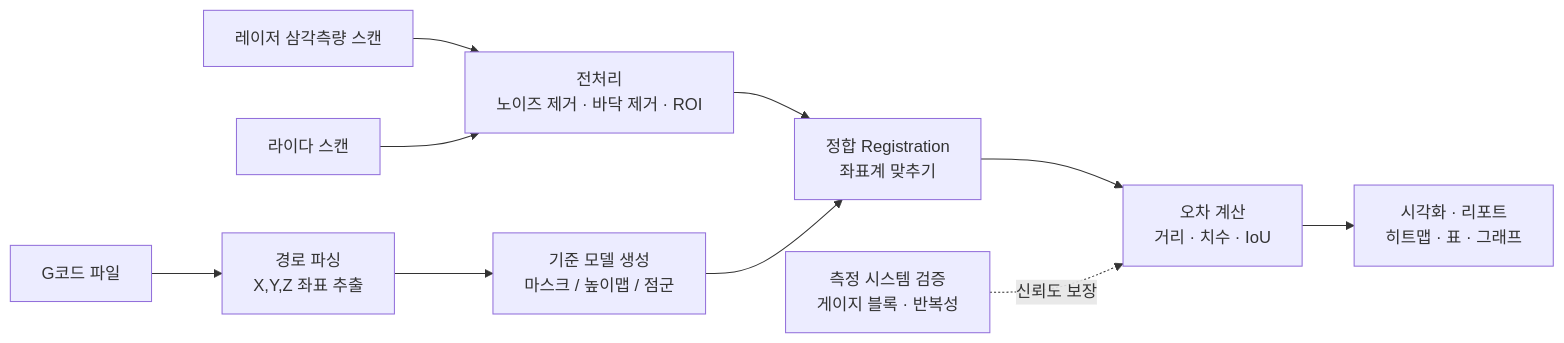
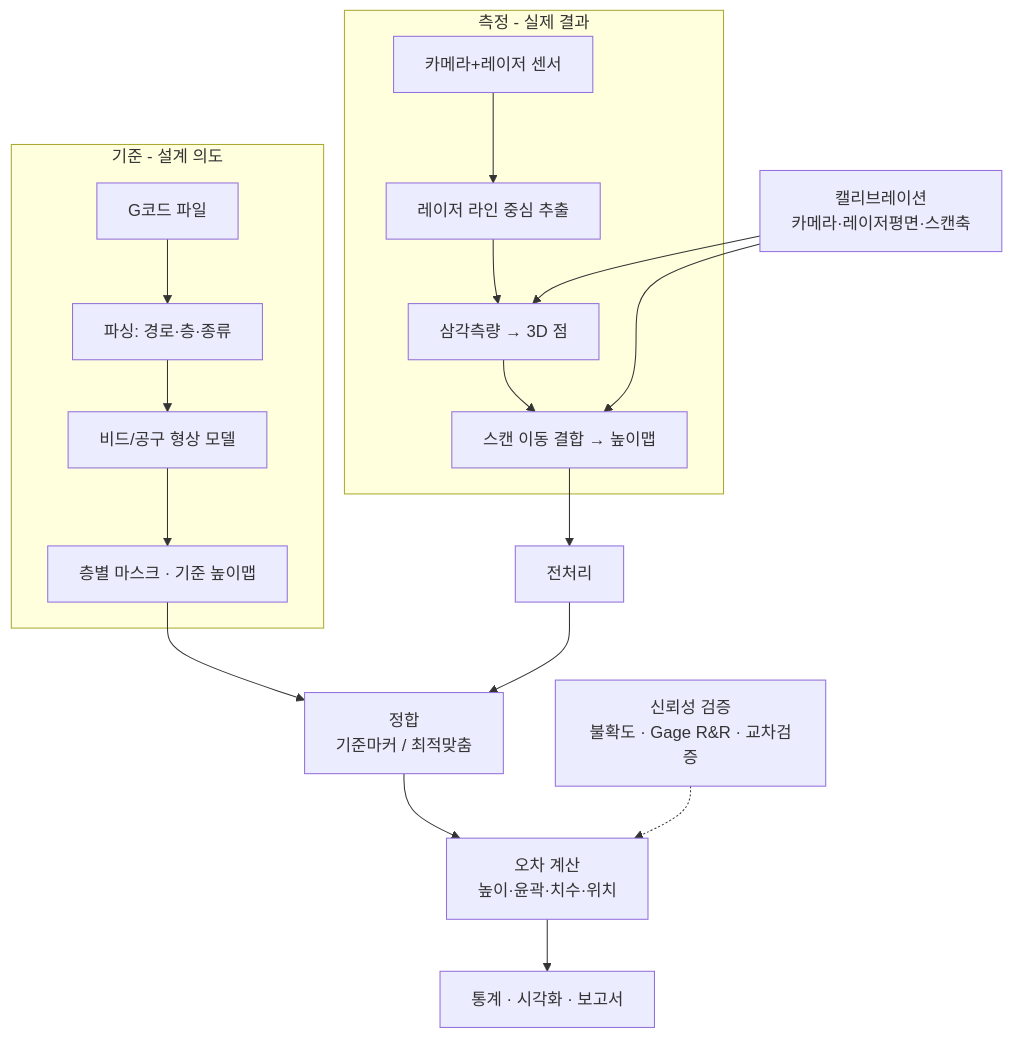
One commit to dawnnam02/cv-lab changed the first of 2 diagrams in docs/BLUEPRINT.md. Above: the diagram before and after it, drawn with Mermaid. The commit also changed other lines of this file and 1 other file, not shown here.

````diff
--- a/docs/BLUEPRINT.md
+++ b/docs/BLUEPRINT.md
@@ -12,12 +42,20 @@
 ```mermaid
-flowchart LR
-    A[G코드 파일] --> B[경로 파싱<br/>X,Y,Z 좌표 추출]
-    B --> C[기준 모델 생성<br/>마스크 / 높이맵 / 점군]
-    D[레이저 삼각측량 스캔] --> F[전처리<br/>노이즈 제거 · 바닥 제거 · ROI]
-    E[라이다 스캔] --> F
-    F --> G[정합 Registration<br/>좌표계 맞추기]
-    C --> G
-    G --> H[오차 계산<br/>거리 · 치수 · IoU]
-    H --> I[시각화 · 리포트<br/>히트맵 · 표 · 그래프]
-    J[측정 시스템 검증<br/>게이지 블록 · 반복성] -.신뢰도 보장.-> H
+flowchart TB
+    subgraph REF[기준 - 설계 의도]
+        G1[G코드 파일] --> G2[파싱: 경로·층·종류]
+        G2 --> G3[비드/공구 형상 모델]
+        G3 --> G4[층별 마스크 · 기준 높이맵]
+    end
+    subgraph MEAS[측정 - 실제 결과]
+        M1[카메라+레이저 센서] --> M2[레이저 라인 중심 추출]
+        M2 --> M3[삼각측량 → 3D 점]
+        M3 --> M4[스캔 이동 결합 → 높이맵]
+    end
+    CAL[캘리브레이션<br/>카메라·레이저평면·스캔축] --> M3
+    CAL --> M4
+    G4 --> R[정합<br/>기준마커 / 최적맞춤]
+    M4 --> P[전처리] --> R
+    R --> E[오차 계산<br/>높이·윤곽·치수·위치]
+    E --> S[통계 · 시각화 · 보고서]
+    V[신뢰성 검증<br/>불확도 · Gage R&R · 교차검증] -.-> E
 ```
````
